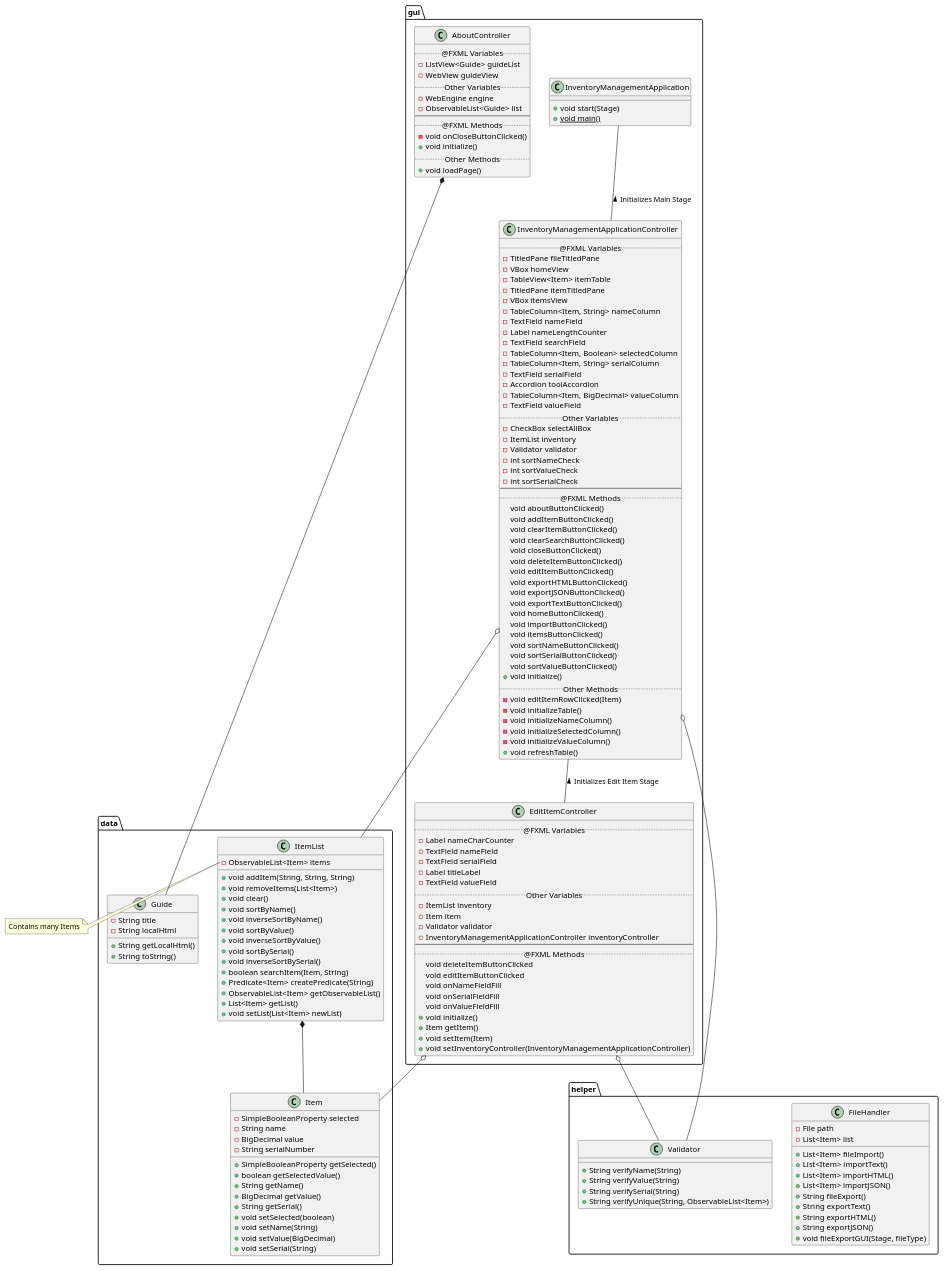
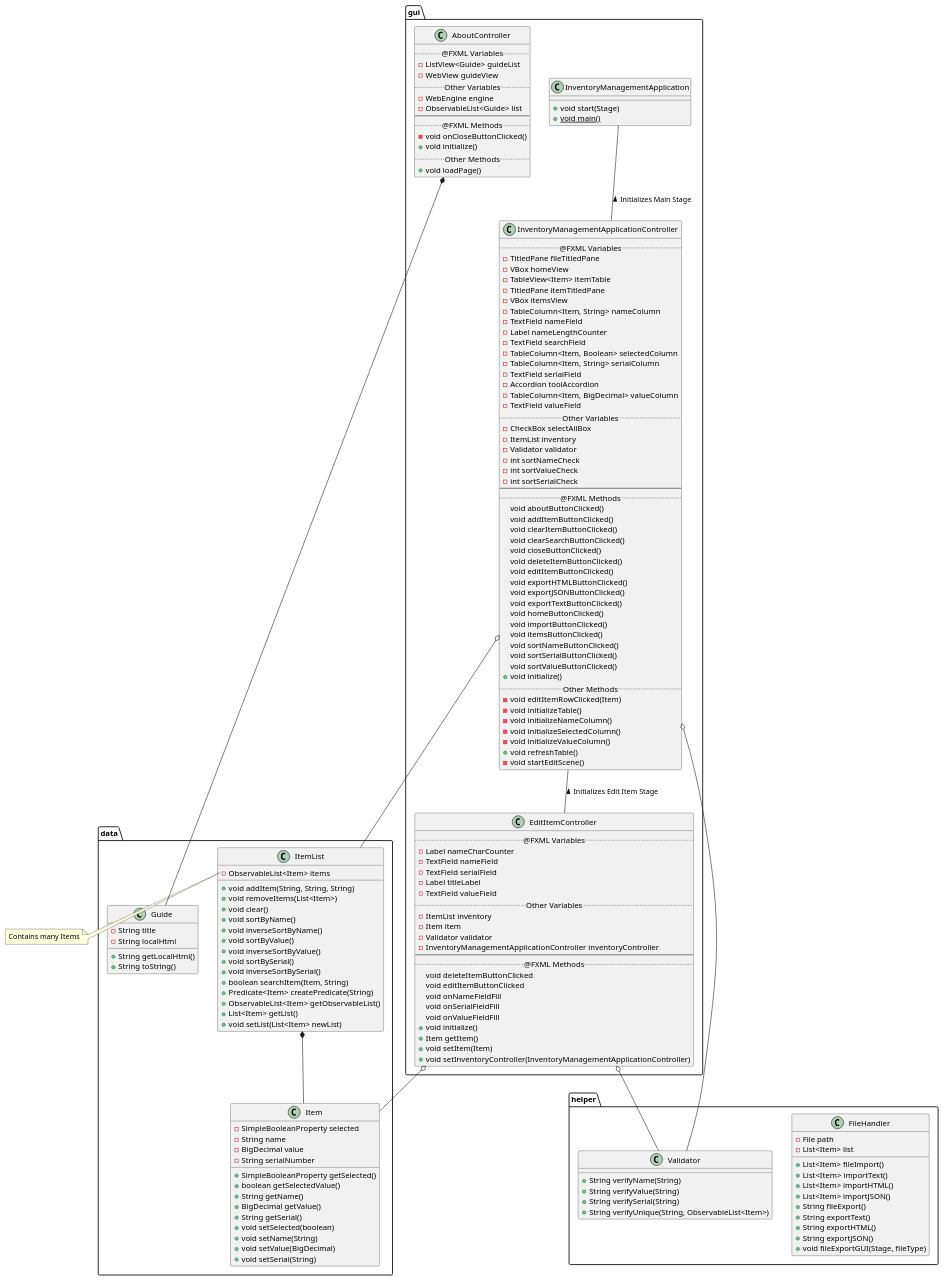
The diagram in docs/classes.puml (lastingParadox/inventory-manager), drawn with PlantUML before and after one commit. The commit also changed 2 other files, not shown here.

Commit message:
Fixed sonarlint warnings regarding duplicate code, edited diagram

```diff
--- a/docs/classes.puml
+++ b/docs/classes.puml
@@ -1,187 +1,188 @@
 @startuml
 
 package "data" {
 
     class Guide {
         -String title
         -String localHtml
 
         +String getLocalHtml()
         +String toString()
     }
 
     class Item {
         -SimpleBooleanProperty selected
         -String name
         -BigDecimal value
         -String serialNumber
 
         +SimpleBooleanProperty getSelected()
         +boolean getSelectedValue()
         +String getName()
         +BigDecimal getValue()
         +String getSerial()
         +void setSelected(boolean)
         +void setName(String)
         +void setValue(BigDecimal)
         +void setSerial(String)
     }
 
     class ItemList {
         -ObservableList<Item> items
 
         +void addItem(String, String, String)
         +void removeItems(List<Item>)
         +void clear()
         +void sortByName()
         +void inverseSortByName()
         +void sortByValue()
         +void inverseSortByValue()
         +void sortBySerial()
         +void inverseSortBySerial()
         +boolean searchItem(Item, String)
         +Predicate<Item> createPredicate(String)
         +ObservableList<Item> getObservableList()
         +List<Item> getList()
         +void setList(List<Item> newList)
     }
 
 }
 
 package "gui" {
     class AboutController {
         ..@FXML Variables..
         -ListView<Guide> guideList
         -WebView guideView
         ..Other Variables..
         -WebEngine engine
         -ObservableList<Guide> list
         --
         ..@FXML Methods..
         -void onCloseButtonClicked()
         +void initialize()
         ..Other Methods..
         +void loadPage()
     }
 
     class EditItemController {
         ..@FXML Variables..
         -Label nameCharCounter
         -TextField nameField
         -TextField serialField
         -Label titleLabel
         -TextField valueField
         ..Other Variables..
         -ItemList inventory
         -Item item
         -Validator validator
         -InventoryManagementApplicationController inventoryController
         --
         ..@FXML Methods..
         void deleteItemButtonClicked
         void editItemButtonClicked
         void onNameFieldFill
         void onSerialFieldFill
         void onValueFieldFill
         +void initialize()
         +Item getItem()
         +void setItem(Item)
         +void setInventoryController(InventoryManagementApplicationController)
     }
 
     class InventoryManagementApplication {
         +void start(Stage)
         +{static}void main()
     }
 
     class InventoryManagementApplicationController {
         ..@FXML Variables..
         -TitledPane fileTitledPane
         -VBox homeView
         -TableView<Item> itemTable
         -TitledPane itemTitledPane
         -VBox itemsView
         -TableColumn<Item, String> nameColumn
         -TextField nameField
         -Label nameLengthCounter
         -TextField searchField
         -TableColumn<Item, Boolean> selectedColumn
         -TableColumn<Item, String> serialColumn
         -TextField serialField
         -Accordion toolAccordion
         -TableColumn<Item, BigDecimal> valueColumn
         -TextField valueField
         ..Other Variables..
         -CheckBox selectAllBox
         -ItemList inventory
         -Validator validator
         -int sortNameCheck
         -int sortValueCheck
         -int sortSerialCheck
         --
         ..@FXML Methods..
         void aboutButtonClicked()
         void addItemButtonClicked()
         void clearItemButtonClicked()
         void clearSearchButtonClicked()
         void closeButtonClicked()
         void deleteItemButtonClicked()
         void editItemButtonClicked()
         void exportHTMLButtonClicked()
         void exportJSONButtonClicked()
         void exportTextButtonClicked()
         void homeButtonClicked()
         void importButtonClicked()
         void itemsButtonClicked()
         void sortNameButtonClicked()
         void sortSerialButtonClicked()
         void sortValueButtonClicked()
         +void initialize()
         ..Other Methods..
         -void editItemRowClicked(Item)
         -void initializeTable()
         -void initializeNameColumn()
         -void initializeSelectedColumn()
         -void initializeValueColumn()
         +void refreshTable()
+        -void startEditScene()
     }
 }
 
 package "helper" {
     class FileHandler {
         -File path
         -List<Item> list
 
         +List<Item> fileImport()
         +List<Item> importText()
         +List<Item> importHTML()
         +List<Item> importJSON()
         +String fileExport()
         +String exportText()
         +String exportHTML()
         +String exportJSON()
         +void fileExportGUI(Stage, fileType)
     }
 
     class Validator {
         +String verifyName(String)
         +String verifyValue(String)
         +String verifySerial(String)
         +String verifyUnique(String, ObservableList<Item>)
     }
 }
 
 InventoryManagementApplication -- InventoryManagementApplicationController : < Initializes Main Stage
 InventoryManagementApplicationController -- EditItemController : < Initializes Edit Item Stage
 InventoryManagementApplicationController o-- ItemList
 InventoryManagementApplicationController o-- Validator
 EditItemController o-- Validator
 EditItemController o-- Item
 AboutController *-- Guide
 ItemList *-- Item
 
 note left of ItemList::items
     Contains many Items
 end note
 
 @enduml
```
